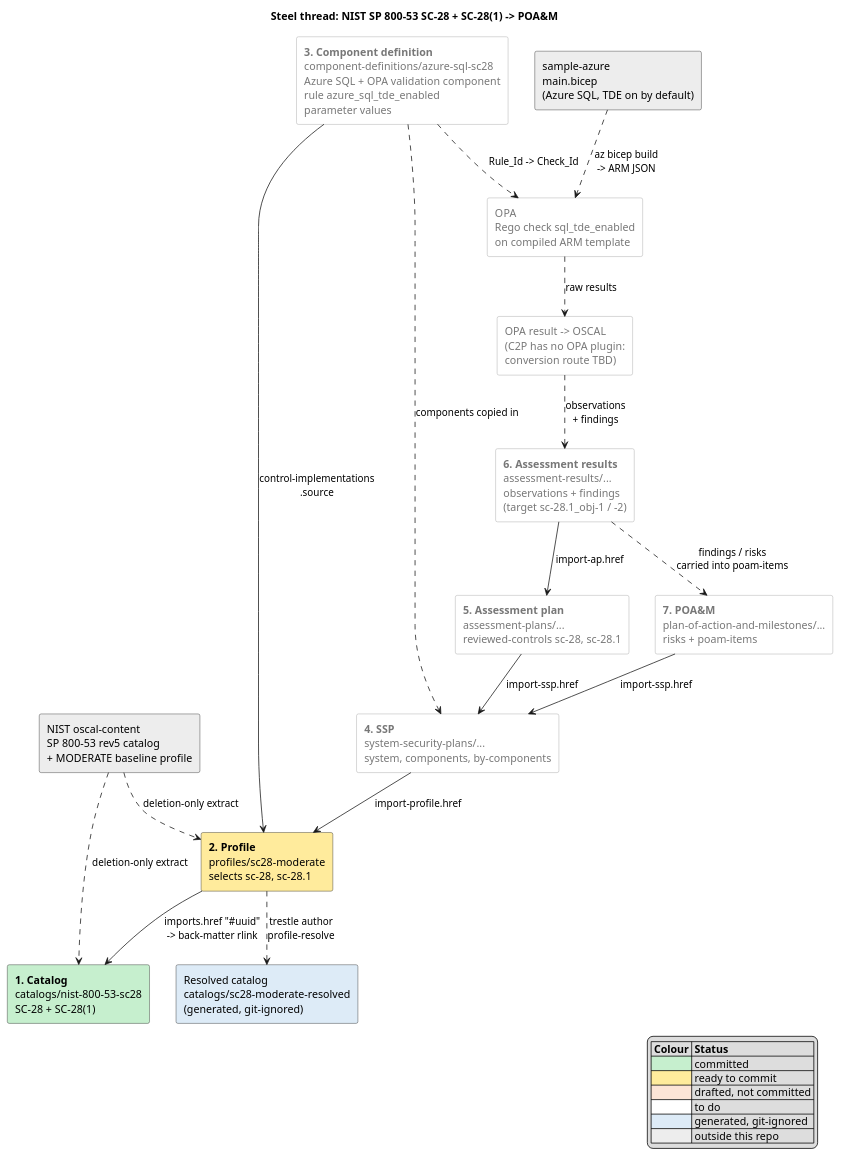
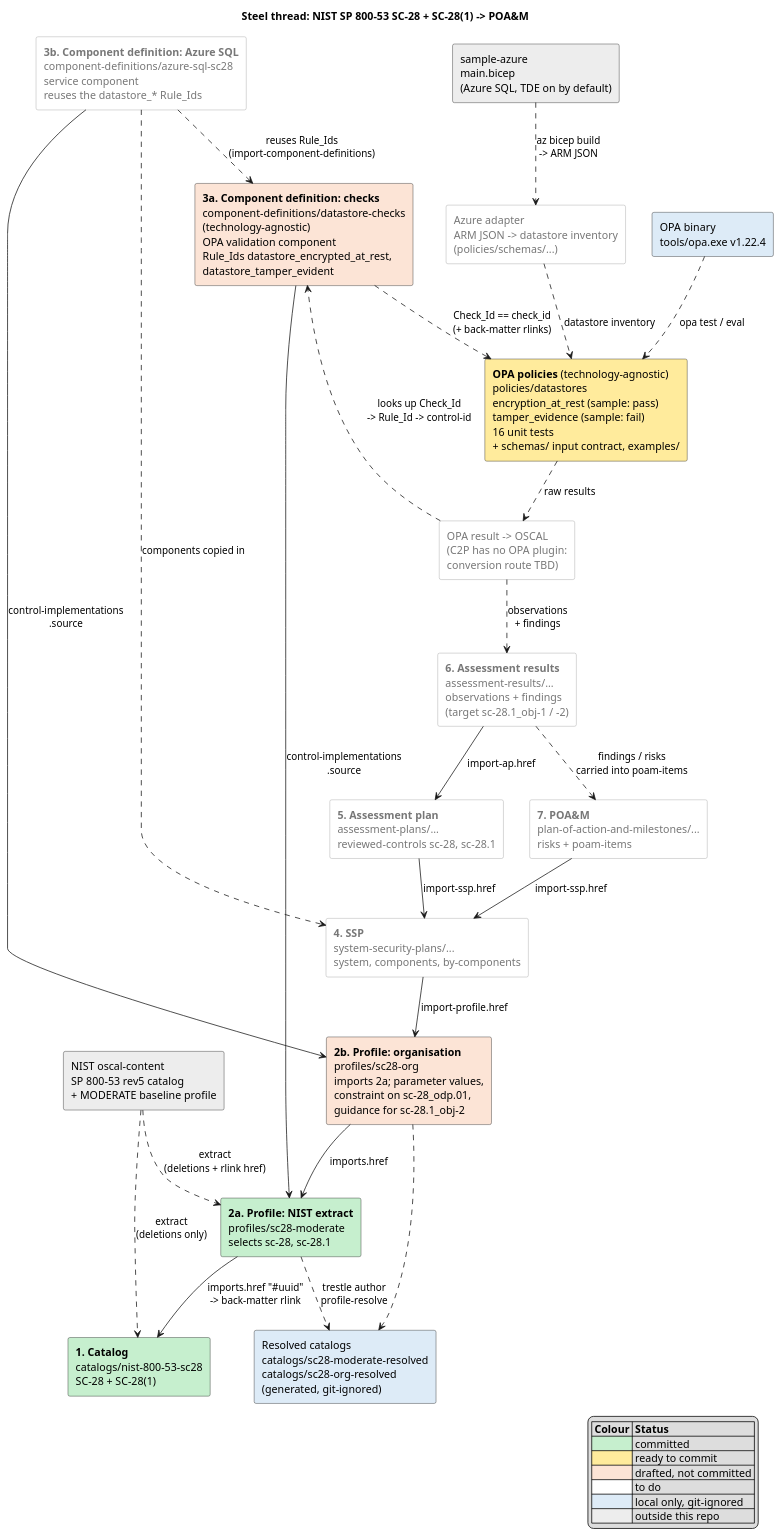
The diagram in diagrams/steel-thread.puml (wolffy-au/frictionless-sample-oscal), drawn with PlantUML before and after one commit. The commit also changed 11 other files, not shown here.

First line of the commit message:
Step 2b-3a: organisation profile, technology-agnostic checks and OPA policies

```diff
--- a/diagrams/steel-thread.puml
+++ b/diagrams/steel-thread.puml
@@ -1,64 +1,75 @@
 @startuml steel-thread
 ' Overview of the SC-28 / SC-28(1) steel thread: one box per artefact,
 ' arrows = the OSCAL field that points each artefact at the previous one.
 ' Update the <<status>> of each box as steps are committed.
 title Steel thread: NIST SP 800-53 SC-28 + SC-28(1) -> POA&M
 hide circle
 hide stereotype
 skinparam rectangle {
   BackgroundColor<<committed>> #C6EFCE
   BackgroundColor<<ready>> #FFEB9C
   BackgroundColor<<draft>> #FCE4D6
   BackgroundColor<<todo>> #FFFFFF
   BackgroundColor<<external>> #EDEDED
   BackgroundColor<<generated>> #DDEBF7
   BorderColor<<todo>> #999999
   FontColor<<todo>> #777777
 }
 
 legend right
   |= Colour |= Status |
   |<#C6EFCE>| committed |
   |<#FFEB9C>| ready to commit |
   |<#FCE4D6>| drafted, not committed |
   |<#FFFFFF>| to do |
-  |<#DDEBF7>| generated, git-ignored |
+  |<#DDEBF7>| local only, git-ignored |
   |<#EDEDED>| outside this repo |
 endlegend
 
 ' ---- sources outside the repo ----
 rectangle "NIST oscal-content\nSP 800-53 rev5 catalog\n+ MODERATE baseline profile" as nist <<external>>
 rectangle "sample-azure\nmain.bicep\n(Azure SQL, TDE on by default)" as bicep <<external>>
 
 ' ---- OSCAL artefacts ----
 rectangle "**1. Catalog**\ncatalogs/nist-800-53-sc28\nSC-28 + SC-28(1)" as cat <<committed>>
-rectangle "**2. Profile**\nprofiles/sc28-moderate\nselects sc-28, sc-28.1" as prof <<ready>>
-rectangle "Resolved catalog\ncatalogs/sc28-moderate-resolved\n(generated, git-ignored)" as res <<generated>>
-rectangle "**3. Component definition**\ncomponent-definitions/azure-sql-sc28\nAzure SQL + OPA validation component\nrule azure_sql_tde_enabled\nparameter values" as cd <<todo>>
+rectangle "**2a. Profile: NIST extract**\nprofiles/sc28-moderate\nselects sc-28, sc-28.1" as prof <<committed>>
+rectangle "**2b. Profile: organisation**\nprofiles/sc28-org\nimports 2a; parameter values,\nconstraint on sc-28_odp.01,\nguidance for sc-28.1_obj-2" as org <<draft>>
+rectangle "Resolved catalogs\ncatalogs/sc28-moderate-resolved\ncatalogs/sc28-org-resolved\n(generated, git-ignored)" as res <<generated>>
+rectangle "**3a. Component definition: checks**\ncomponent-definitions/datastore-checks\n(technology-agnostic)\nOPA validation component\nRule_Ids datastore_encrypted_at_rest,\ndatastore_tamper_evident" as cdx <<draft>>
+rectangle "**3b. Component definition: Azure SQL**\ncomponent-definitions/azure-sql-sc28\nservice component\nreuses the datastore_* Rule_Ids" as cd <<todo>>
 rectangle "**4. SSP**\nsystem-security-plans/...\nsystem, components, by-components" as ssp <<todo>>
 rectangle "**5. Assessment plan**\nassessment-plans/...\nreviewed-controls sc-28, sc-28.1" as ap <<todo>>
 rectangle "**6. Assessment results**\nassessment-results/...\nobservations + findings\n(target sc-28.1_obj-1 / -2)" as ar <<todo>>
 rectangle "**7. POA&M**\nplan-of-action-and-milestones/...\nrisks + poam-items" as poam <<todo>>
 
 ' ---- automation ----
-rectangle "OPA\nRego check sql_tde_enabled\non compiled ARM template" as opa <<todo>>
+rectangle "**OPA policies** (technology-agnostic)\npolicies/datastores\nencryption_at_rest (sample: pass)\ntamper_evidence (sample: fail)\n16 unit tests\n+ schemas/ input contract, examples/" as opa <<ready>>
+rectangle "OPA binary\ntools/opa.exe v1.22.4" as opabin <<generated>>
+rectangle "Azure adapter\nARM JSON -> datastore inventory\n(policies/schemas/...)" as adapter <<todo>>
 rectangle "OPA result -> OSCAL\n(C2P has no OPA plugin:\nconversion route TBD)" as conv <<todo>>
 
 ' ---- references ----
-nist ..> cat : deletion-only extract
-nist ..> prof : deletion-only extract
+nist ..> cat : extract\n(deletions only)
+nist ..> prof : extract\n(deletions + rlink href)
 prof --> cat : imports.href "#uuid"\n-> back-matter rlink
+org --> prof : imports.href
 prof ..> res : trestle author\nprofile-resolve
-cd --> prof : control-implementations\n.source
-ssp --> prof : import-profile.href
+org ..> res
+cdx --> prof : control-implementations\n.source
+cd --> org : control-implementations\n.source
+cd ..> cdx : reuses Rule_Ids\n(import-component-definitions)
+ssp --> org : import-profile.href
 cd ..> ssp : components copied in
 ap --> ssp : import-ssp.href
 ar --> ap : import-ap.href
 poam --> ssp : import-ssp.href
 ar ..> poam : findings / risks\ncarried into poam-items
 
-cd ..> opa : Rule_Id -> Check_Id
-bicep ..> opa : az bicep build\n-> ARM JSON
+cdx ..> opa : Check_Id == check_id\n(+ back-matter rlinks)
+bicep ..> adapter : az bicep build\n-> ARM JSON
+adapter ..> opa : datastore inventory
+opabin ..> opa : opa test / eval
 opa ..> conv : raw results
 conv ..> ar : observations\n+ findings
+conv ..> cdx : looks up Check_Id\n-> Rule_Id -> control-id
 @enduml
```
